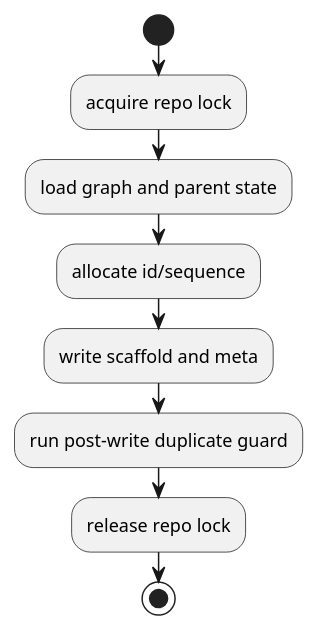
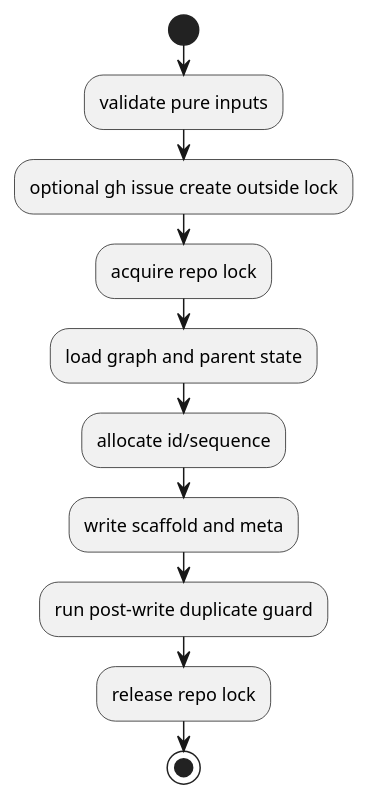
One commit to chemitaro/spec-dock changed the first of 4 diagrams in spec-deps/current/design.md. Above: the diagram before and after it, drawn with PlantUML. The commit also changed other lines of this file and 7 other files, not shown here.

````diff
--- a/spec-deps/current/design.md
+++ b/spec-deps/current/design.md
@@ -84,12 +94,14 @@
 ```plantuml
 @startuml
 start
+:validate pure inputs;
+:optional gh issue create outside lock;
 :acquire repo lock;
 :load graph and parent state;
 :allocate id/sequence;
 :write scaffold and meta;
 :run post-write duplicate guard;
 :release repo lock;
 stop
 @enduml
 ```
````
